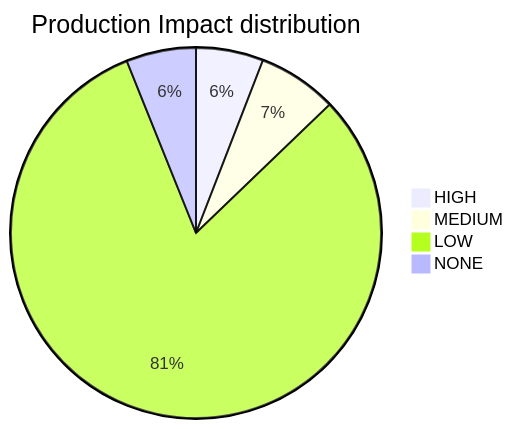
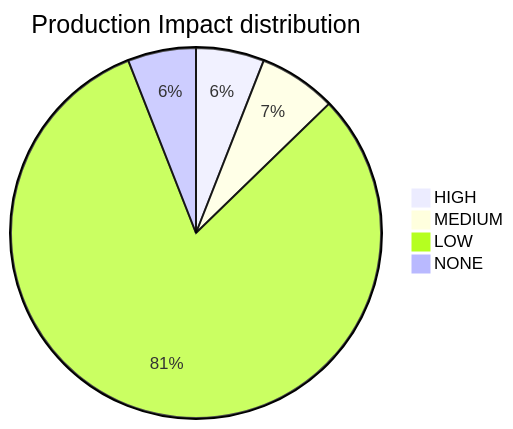
One commit to mikeybeezy/goldenpath-idp-infra changed the diagram in PLATFORM_HEALTH.md. Above: the diagram before and after it, drawn with Mermaid. The commit also changed other lines of this file and 47 other files, not shown here.

````diff
--- a/PLATFORM_HEALTH.md
+++ b/PLATFORM_HEALTH.md
@@ -64,7 +64,7 @@
 ```mermaid
 pie title Production Impact distribution
-    "HIGH" : 28
+    "HIGH" : 29
     "MEDIUM" : 33
-    "LOW" : 386
+    "LOW" : 396
     "NONE" : 29
 ```
````
